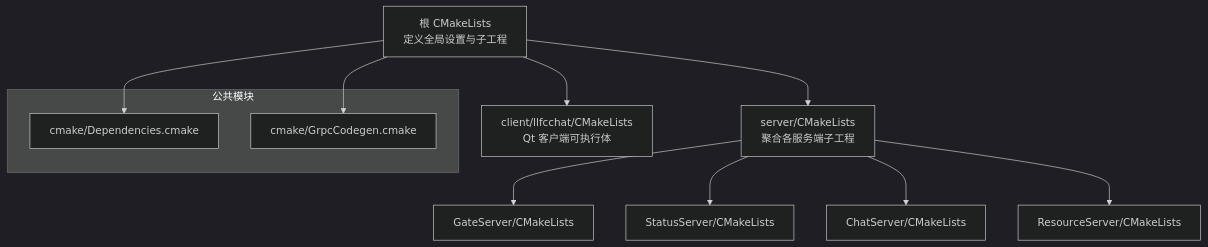
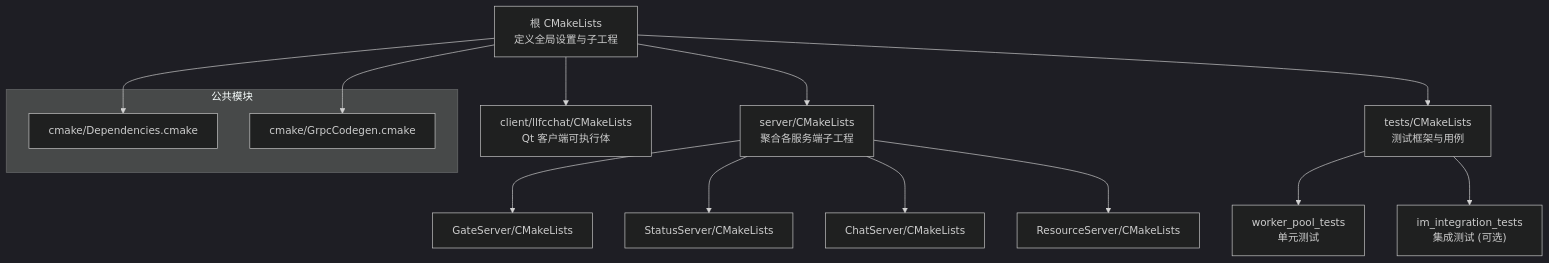
The first of 5 diagrams in .qoder/repowiki/zh/content/部署运维/服务部署/构建系统.md (echo9923/mychatter), drawn with Mermaid (dark theme) before and after one commit. The commit also changed other lines of this file and 54 other files, not shown here.

````diff
--- a/.qoder/repowiki/zh/content/部署运维/服务部署/构建系统.md
+++ b/.qoder/repowiki/zh/content/部署运维/服务部署/构建系统.md
@@ -39,15 +54,18 @@
 ```mermaid
 graph TB
 Root["根 CMakeLists<br/>定义全局设置与子工程"] --> ServerRoot["server/CMakeLists<br/>聚合各服务端子工程"]
 Root --> ClientRoot["client/llfcchat/CMakeLists<br/>Qt 客户端可执行体"]
+Root --> TestsRoot["tests/CMakeLists<br/>测试框架与用例"]
 ServerRoot --> Gate["GateServer/CMakeLists"]
 ServerRoot --> Status["StatusServer/CMakeLists"]
 ServerRoot --> Chat["ChatServer/CMakeLists"]
 ServerRoot --> Resource["ResourceServer/CMakeLists"]
+TestsRoot --> UnitTests["worker_pool_tests<br/>单元测试"]
+TestsRoot --> IntTests["im_integration_tests<br/>集成测试 (可选)"]
 subgraph "公共模块"
 Deps["cmake/Dependencies.cmake"]
 Grpc["cmake/GrpcCodegen.cmake"]
 end
 Root --> Deps
 Root --> Grpc
 ```
````
